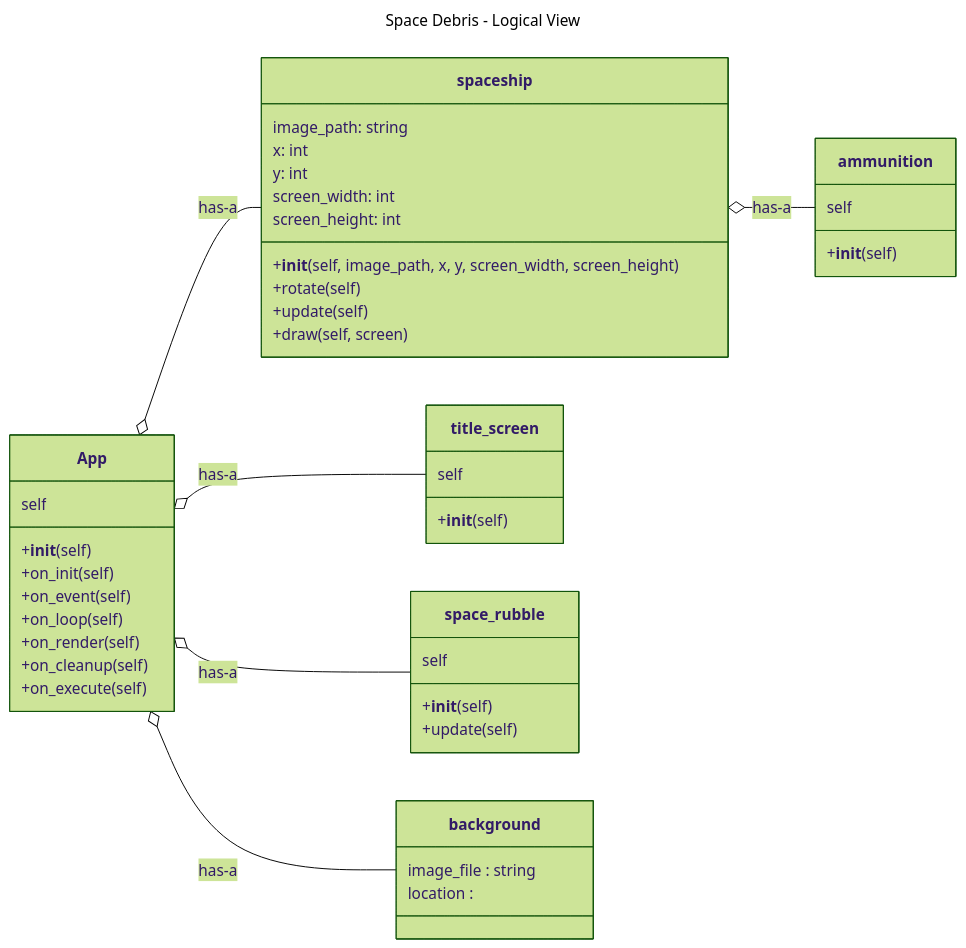
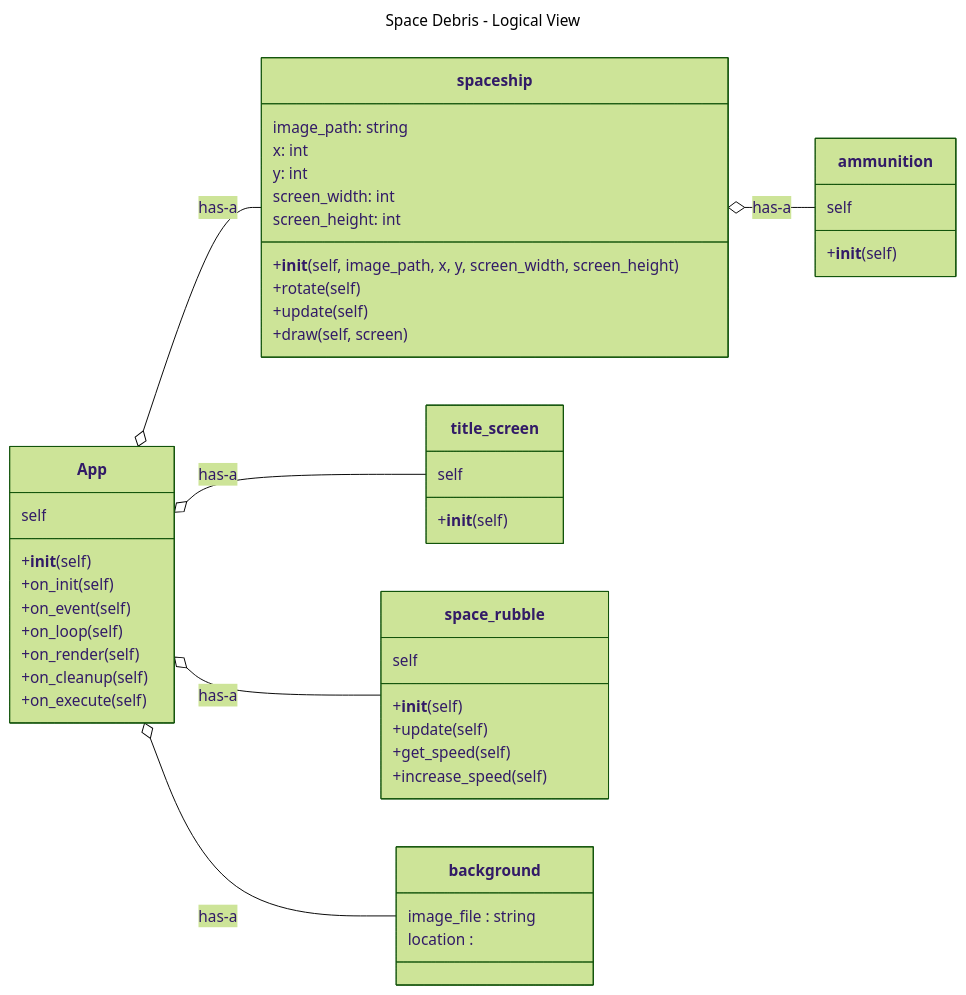
The first of 3 diagrams in README.md (mmehta2669/Final_Project_Group_2), drawn with Mermaid (forest theme) before and after one commit.

````diff
--- a/README.md
+++ b/README.md
@@ -14,57 +14,59 @@
 ```mermaid
 ---
 title: Space Debris - Logical View
 ---
 classDiagram 
  direction LR
  class spaceship {
   image_path: string
   x: int
   y: int
   screen_width: int
   screen_height: int 
   +__init__(self, image_path, x, y, screen_width, screen_height)
   +rotate(self)
   +update(self)
   +draw(self, screen)
 }
 
  class title_screen {
   self
   +__init__(self)
 }
 
  class space_rubble {
   self
   +__init__(self)
   +update(self)
+  +get_speed(self)
+  +increase_speed(self)
 }
 
 
  class background {
   image_file : string
   location : 
 }
 
  class ammunition {
   self
   +__init__(self)
 }
 
  class App {
   self
   +__init__(self)
   +on_init(self)
   +on_event(self)
   +on_loop(self)
   +on_render(self)
   +on_cleanup(self)
   +on_execute(self)
 }
 
  App o-- spaceship : has-a
  App o-- space_rubble : has-a
  App o-- title_screen : has-a
  App o-- background : has-a
  spaceship o-- ammunition : has-a
 ```
````
